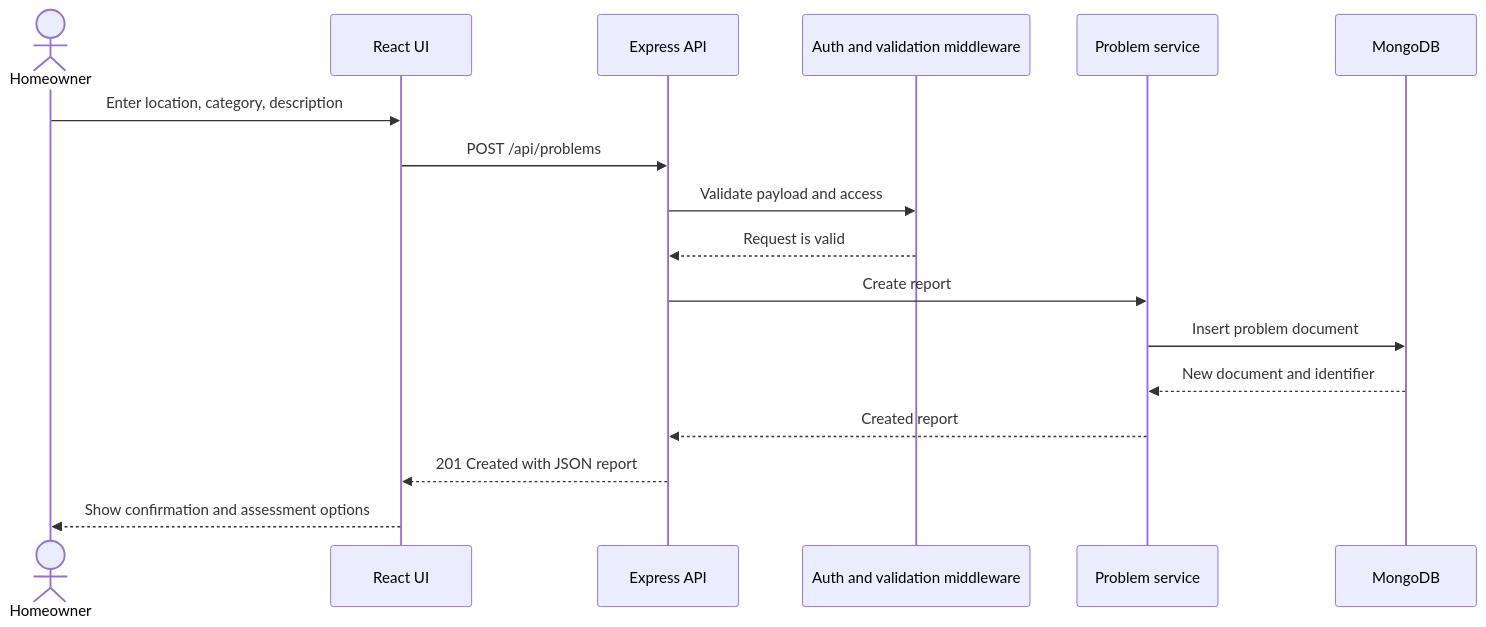
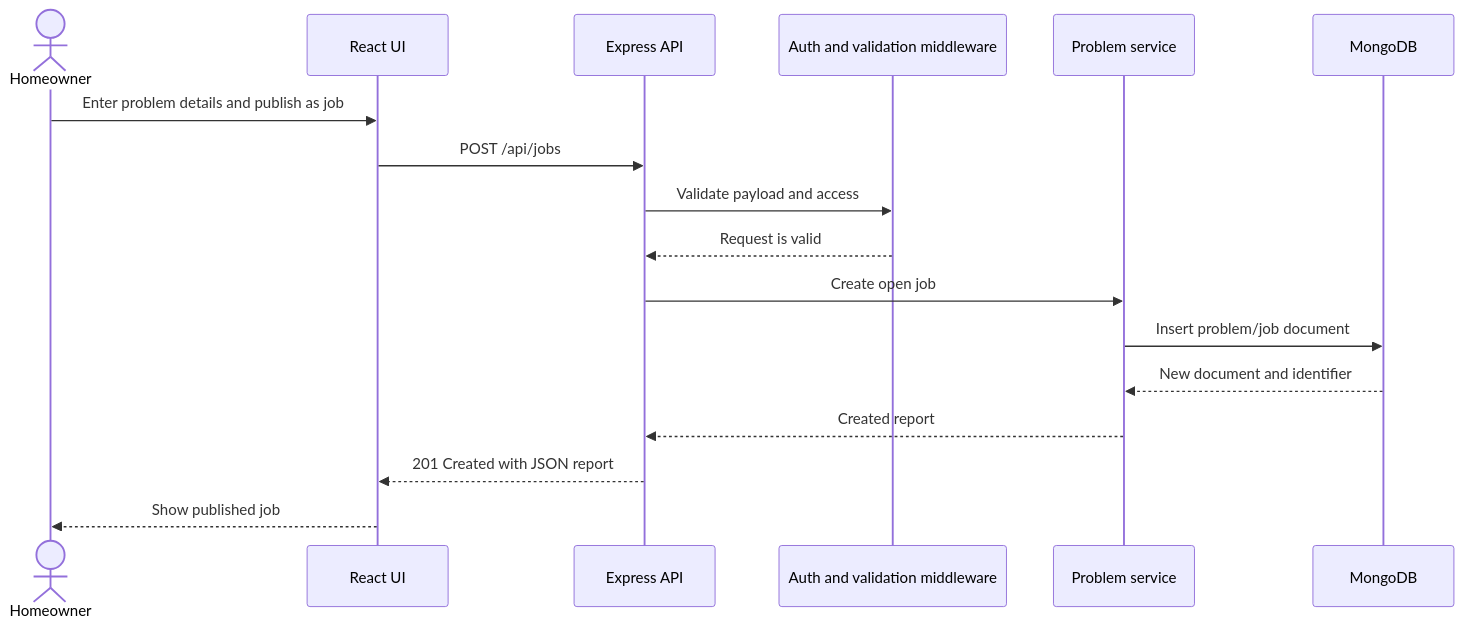
Before and after one commit to zannedMaryem/holberton_HomeMaintain: the sixth of 8 diagrams in Project_Documentation/TECHNICAL_DOCUMENTATION.md, drawn with Mermaid. The commit also changed other lines of this file and 4 other files, not shown here.

````diff
--- a/Project_Documentation/TECHNICAL_DOCUMENTATION.md
+++ b/Project_Documentation/TECHNICAL_DOCUMENTATION.md
@@ -321,20 +487,20 @@
 ```mermaid
 sequenceDiagram
     actor Homeowner
     participant UI as React UI
     participant API as Express API
     participant Auth as Auth and validation middleware
     participant Problems as Problem service
     participant DB as MongoDB
 
-    Homeowner->>UI: Enter location, category, description
-    UI->>API: POST /api/problems
+    Homeowner->>UI: Enter problem details and publish as job
+    UI->>API: POST /api/jobs
     API->>Auth: Validate payload and access
     Auth-->>API: Request is valid
-    API->>Problems: Create report
-    Problems->>DB: Insert problem document
+    API->>Problems: Create open job
+    Problems->>DB: Insert problem/job document
     DB-->>Problems: New document and identifier
     Problems-->>API: Created report
     API-->>UI: 201 Created with JSON report
-    UI-->>Homeowner: Show confirmation and assessment options
+    UI-->>Homeowner: Show published job
 ```
````
